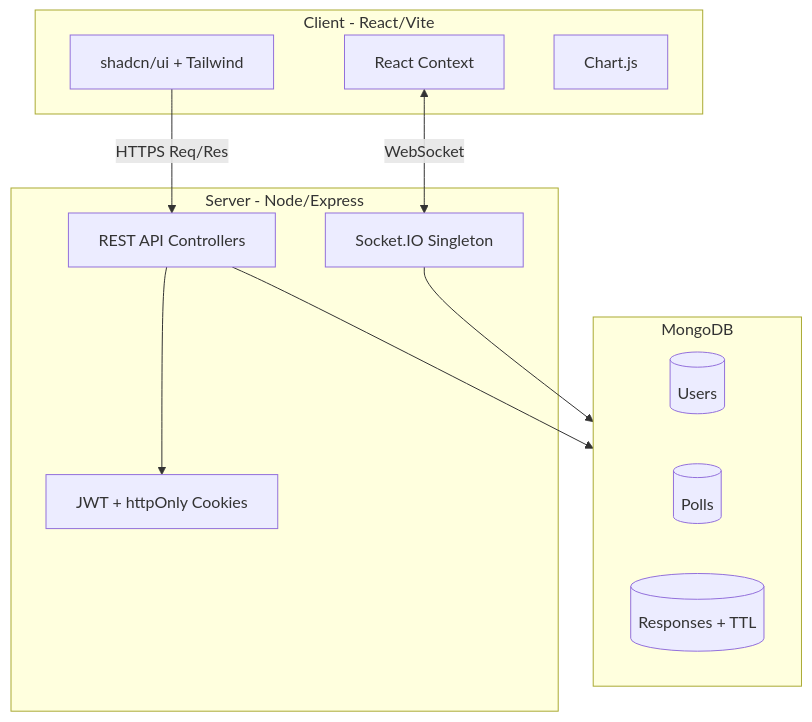
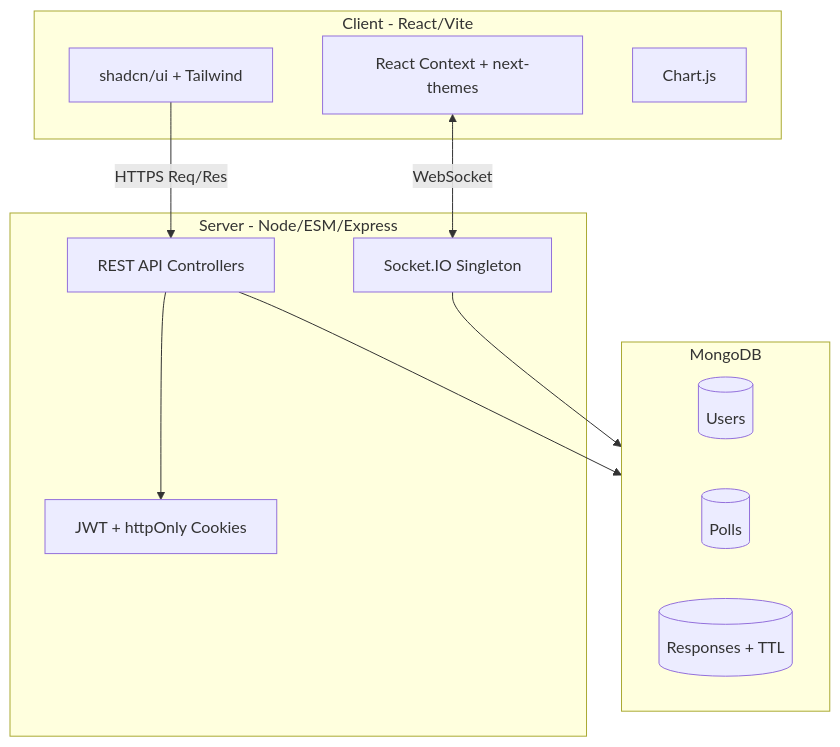
Before and after one commit to Souravkumarverma123/poll-vault: the diagram in README.md, drawn with Mermaid. The commit also changed other lines of this file and 45 other files, not shown here.

Commit message:
refactor: implement ES module support, update chart color palettes, add system configuration tests, and enhance UI components with a custom BackButton.

````diff
--- a/README.md
+++ b/README.md
@@ -59,26 +59,26 @@
 ```mermaid
 graph TD
     subgraph Frontend [Client - React/Vite]
         UI[shadcn/ui + Tailwind]
-        State[React Context]
+        State[React Context + next-themes]
         Charts[Chart.js]
     end
 
-    subgraph Backend [Server - Node/Express]
+    subgraph Backend [Server - Node/ESM/Express]
         REST[REST API Controllers]
         WS[Socket.IO Singleton]
         Auth[JWT + httpOnly Cookies]
     end
 
     subgraph Database [MongoDB]
         Users[(Users)]
         Polls[(Polls)]
         Responses[(Responses + TTL)]
     end
 
     UI -->|HTTPS Req/Res| REST
     State <-->|WebSocket| WS
     REST --> Auth
     REST --> Database
     WS --> Database
 ```
````
